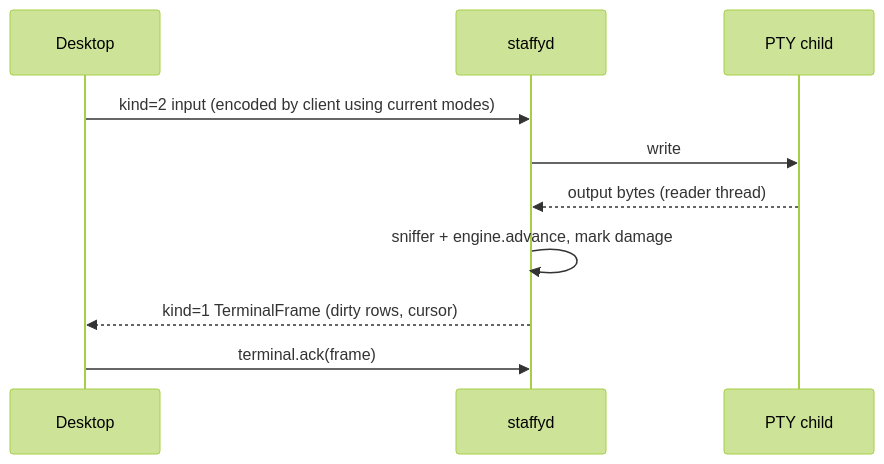
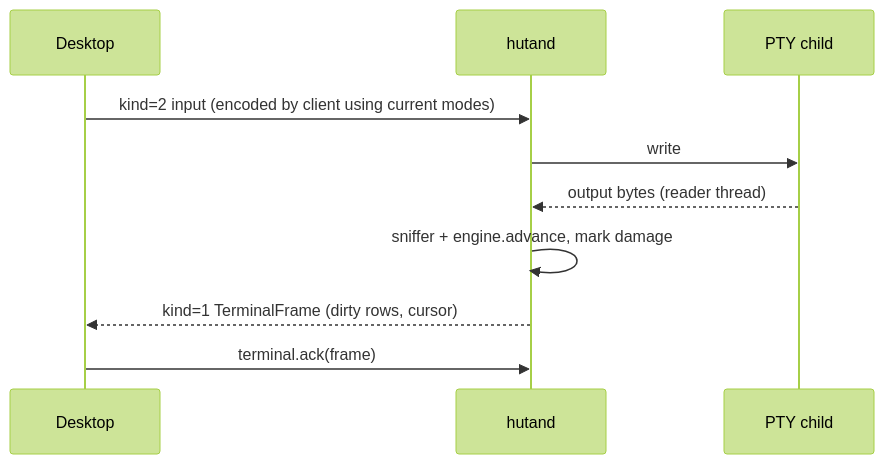
Before and after one commit to robertt3kuk/heeler: the fifth of 6 diagrams in docs/architecture.md, drawn with Mermaid (forest theme). The commit also changed other lines of this file and 456 other files, not shown here.

````diff
--- a/docs/architecture.md
+++ b/docs/architecture.md
@@ -130,12 +130,12 @@
 ```mermaid
 sequenceDiagram
   participant UI as Desktop
-  participant D as staffyd
+  participant D as hutand
   participant P as PTY child
   UI->>D: kind=2 input (encoded by client using current modes)
   D->>P: write
   P-->>D: output bytes (reader thread)
   D->>D: sniffer + engine.advance, mark damage
   D-->>UI: kind=1 TerminalFrame (dirty rows, cursor)
   UI->>D: terminal.ack(frame)
 ```
````
